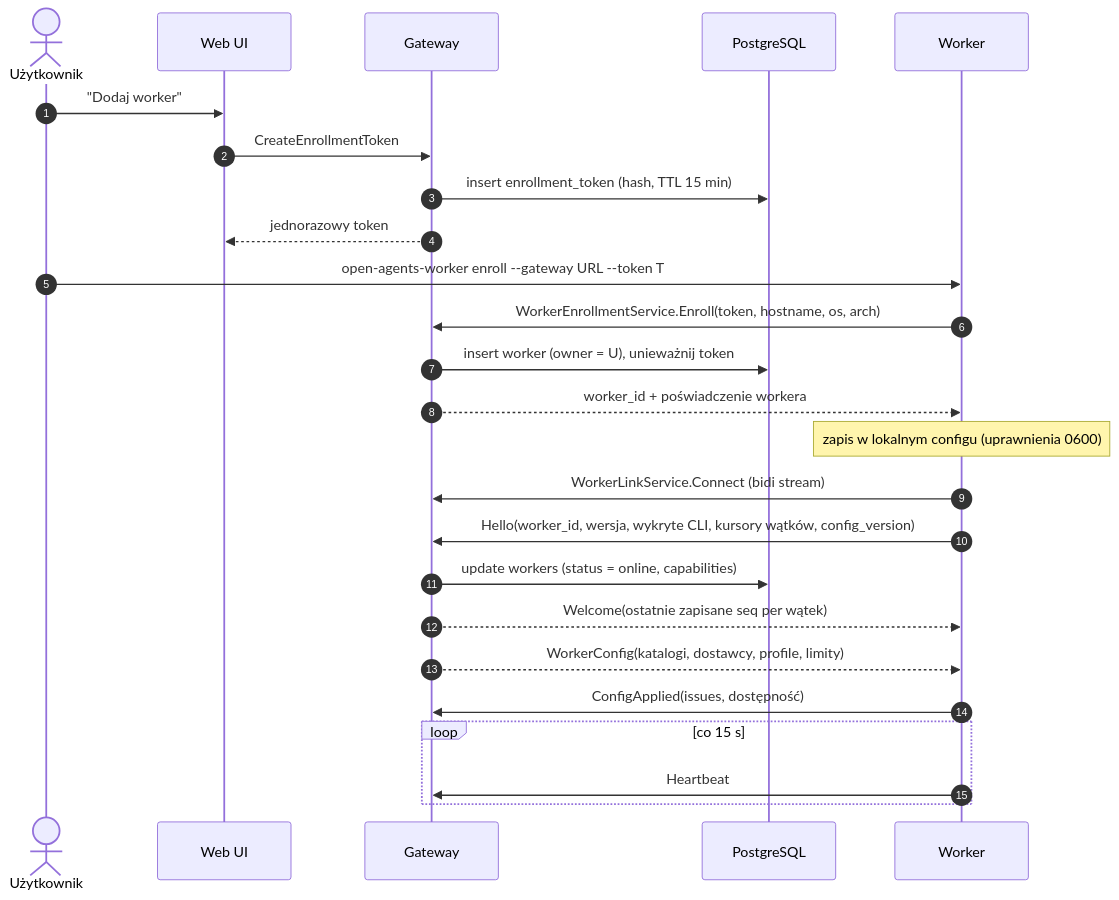
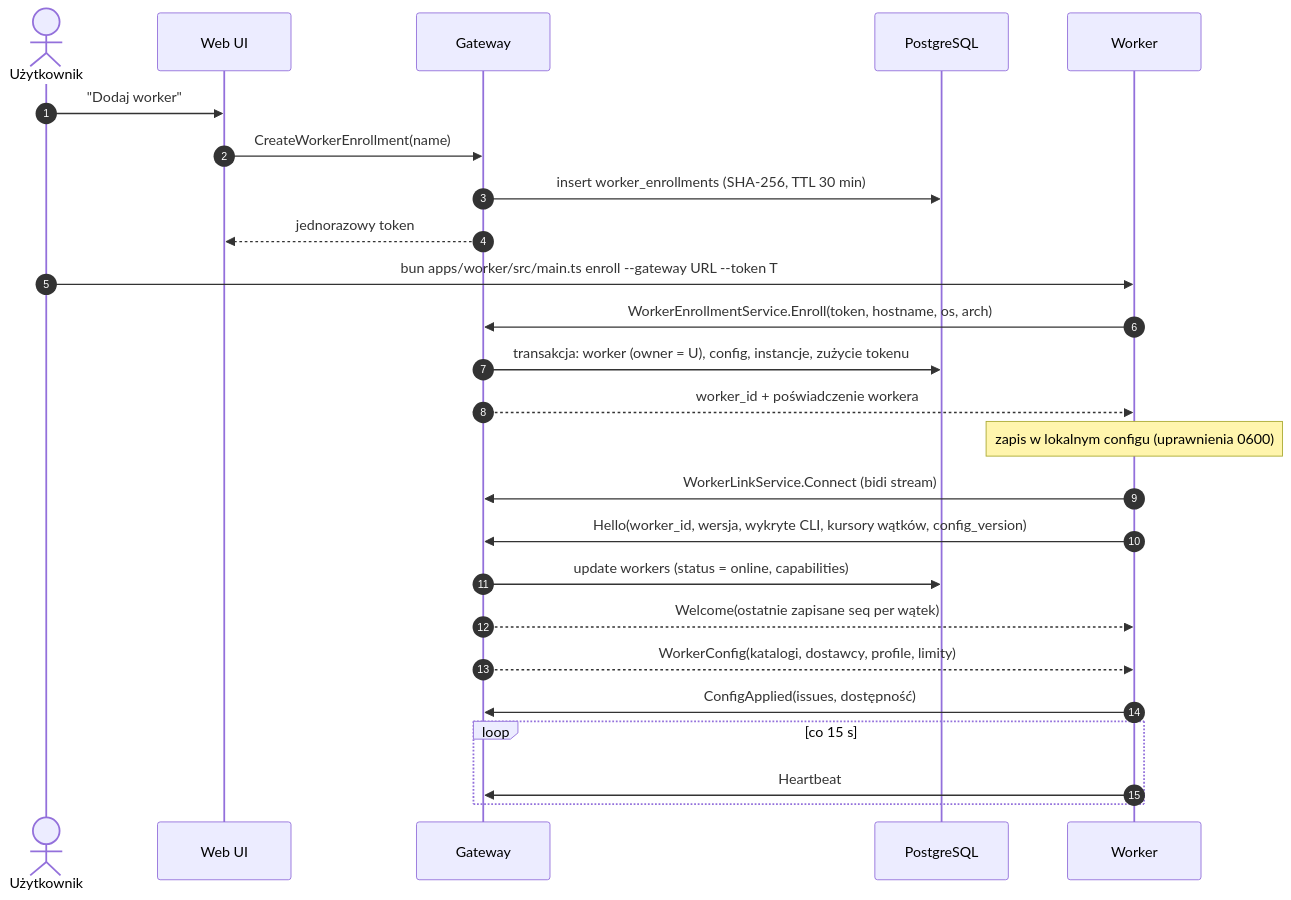
Before and after one commit to itsoltech/canopy: the second of 5 diagrams in docs/architecture.md, drawn with Mermaid. The commit also changed other lines of this file and 9 other files, not shown here.

````diff
--- a/docs/architecture.md
+++ b/docs/architecture.md
@@ -129,28 +129,28 @@
 ```mermaid
 sequenceDiagram
     autonumber
     actor U as Użytkownik
     participant UI as Web UI
     participant GW as Gateway
     participant DB as PostgreSQL
     participant W as Worker
 
     U->>UI: "Dodaj worker"
-    UI->>GW: CreateEnrollmentToken
-    GW->>DB: insert enrollment_token (hash, TTL 15 min)
+    UI->>GW: CreateWorkerEnrollment(name)
+    GW->>DB: insert worker_enrollments (SHA-256, TTL 30 min)
     GW-->>UI: jednorazowy token
-    U->>W: open-agents-worker enroll --gateway URL --token T
+    U->>W: bun apps/worker/src/main.ts enroll --gateway URL --token T
     W->>GW: WorkerEnrollmentService.Enroll(token, hostname, os, arch)
-    GW->>DB: insert worker (owner = U), unieważnij token
+    GW->>DB: transakcja: worker (owner = U), config, instancje, zużycie tokenu
     GW-->>W: worker_id + poświadczenie workera
     Note over W: zapis w lokalnym configu (uprawnienia 0600)
     W->>GW: WorkerLinkService.Connect (bidi stream)
     W->>GW: Hello(worker_id, wersja, wykryte CLI, kursory wątków, config_version)
     GW->>DB: update workers (status = online, capabilities)
     GW-->>W: Welcome(ostatnie zapisane seq per wątek)
     GW-->>W: WorkerConfig(katalogi, dostawcy, profile, limity)
     W->>GW: ConfigApplied(issues, dostępność)
     loop co 15 s
         W->>GW: Heartbeat
     end
 ```
````
